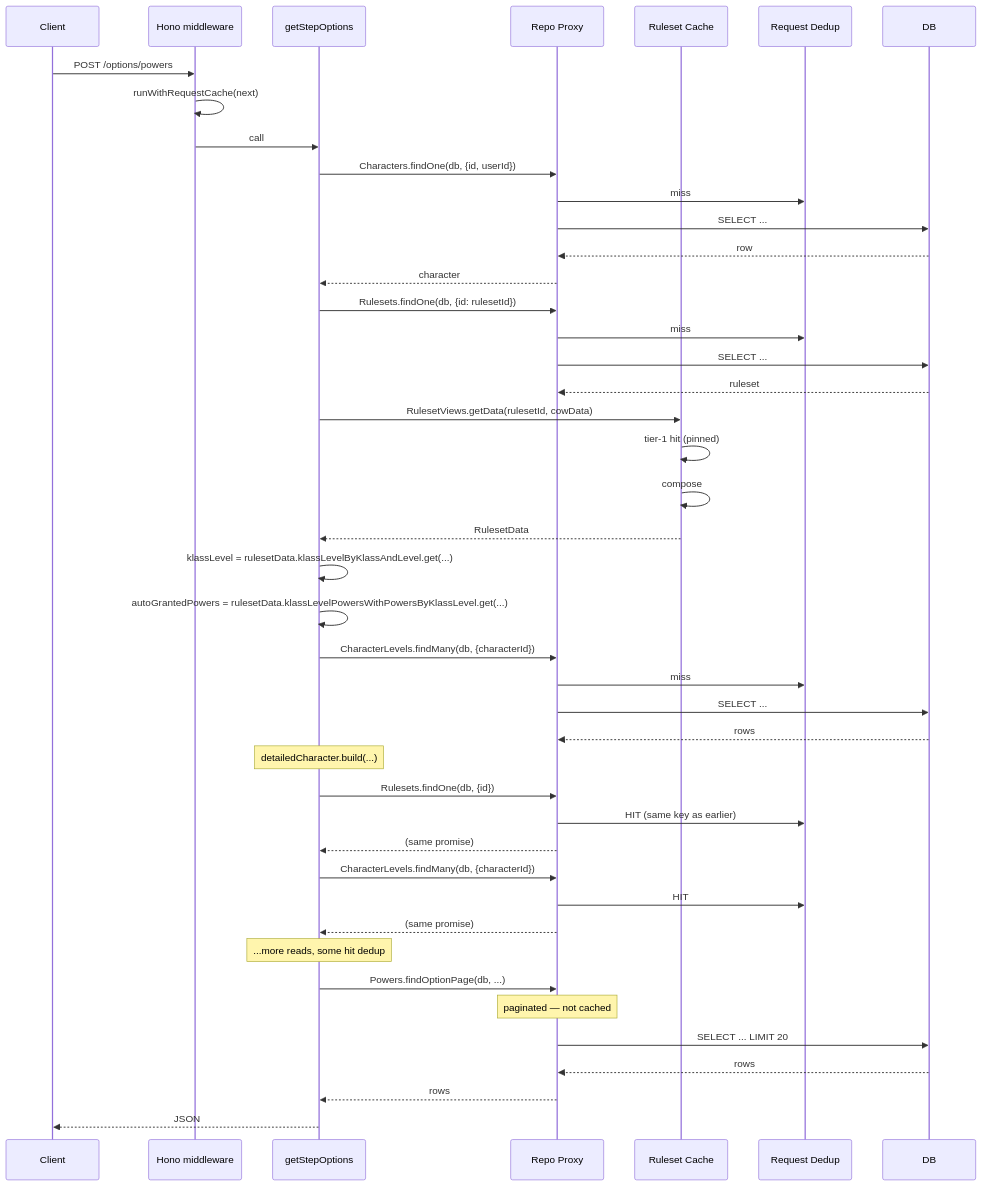
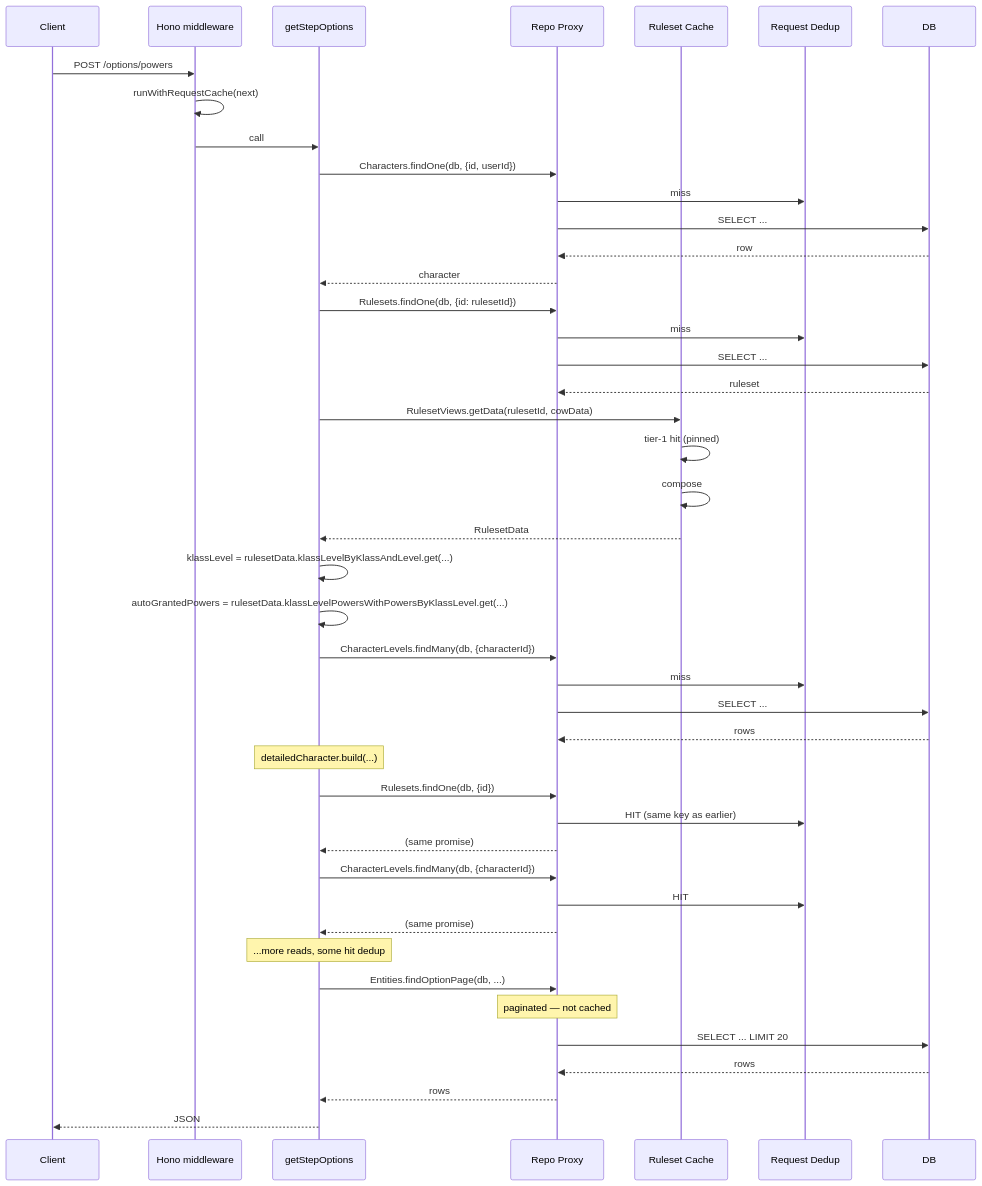
Before and after one commit to PhilippeChab/arkyvree: the seventh of 7 diagrams in docs/caching.md, drawn with Mermaid. The commit also changed other lines of this file and 33 other files, not shown here.

````diff
--- a/docs/caching.md
+++ b/docs/caching.md
@@ -394,55 +394,55 @@
 ```mermaid
 sequenceDiagram
     participant Client
     participant Middle as Hono middleware
     participant Svc as getStepOptions
     participant Repo as Repo Proxy
     participant RS as Ruleset Cache
     participant Dedup as Request Dedup
     participant DB
 
     Client->>Middle: POST /options/powers
     Middle->>Middle: runWithRequestCache(next)
     Middle->>Svc: call
     Svc->>Repo: Characters.findOne(db, {id, userId})
     Repo->>Dedup: miss
     Repo->>DB: SELECT ...
     DB-->>Repo: row
     Repo-->>Svc: character
 
     Svc->>Repo: Rulesets.findOne(db, {id: rulesetId})
     Repo->>Dedup: miss
     Repo->>DB: SELECT ...
     DB-->>Repo: ruleset
 
     Svc->>RS: RulesetViews.getData(rulesetId, cowData)
     RS->>RS: tier-1 hit (pinned)
     RS->>RS: compose
     RS-->>Svc: RulesetData
 
     Svc->>Svc: klassLevel = rulesetData.klassLevelByKlassAndLevel.get(...)
     Svc->>Svc: autoGrantedPowers = rulesetData.klassLevelPowersWithPowersByKlassLevel.get(...)
 
     Svc->>Repo: CharacterLevels.findMany(db, {characterId})
     Repo->>Dedup: miss
     Repo->>DB: SELECT ...
     DB-->>Repo: rows
 
     Note over Svc: detailedCharacter.build(...)
     Svc->>Repo: Rulesets.findOne(db, {id})
     Repo->>Dedup: HIT (same key as earlier)
     Repo-->>Svc: (same promise)
 
     Svc->>Repo: CharacterLevels.findMany(db, {characterId})
     Repo->>Dedup: HIT
     Repo-->>Svc: (same promise)
 
     Note over Svc: ...more reads, some hit dedup
 
-    Svc->>Repo: Powers.findOptionPage(db, ...)
+    Svc->>Repo: Entities.findOptionPage(db, ...)
     Note over Repo: paginated — not cached
     Repo->>DB: SELECT ... LIMIT 20
     DB-->>Repo: rows
     Repo-->>Svc: rows
     Svc-->>Client: JSON
 ```
````
